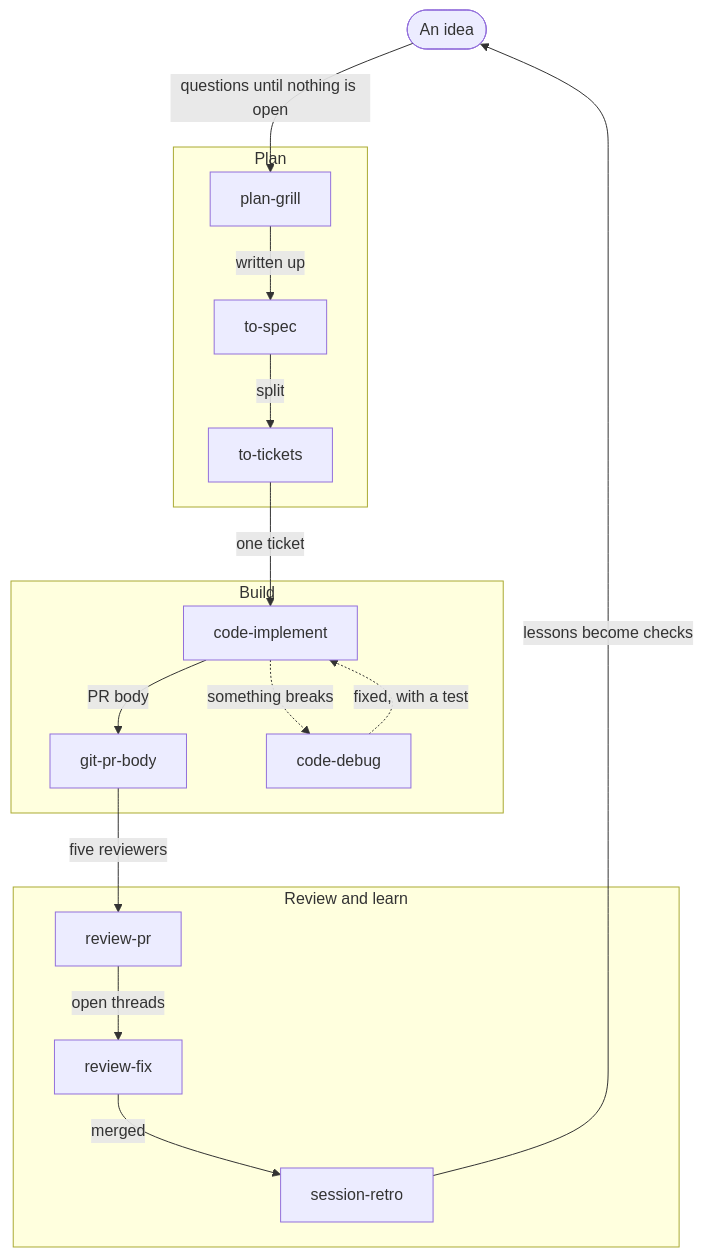
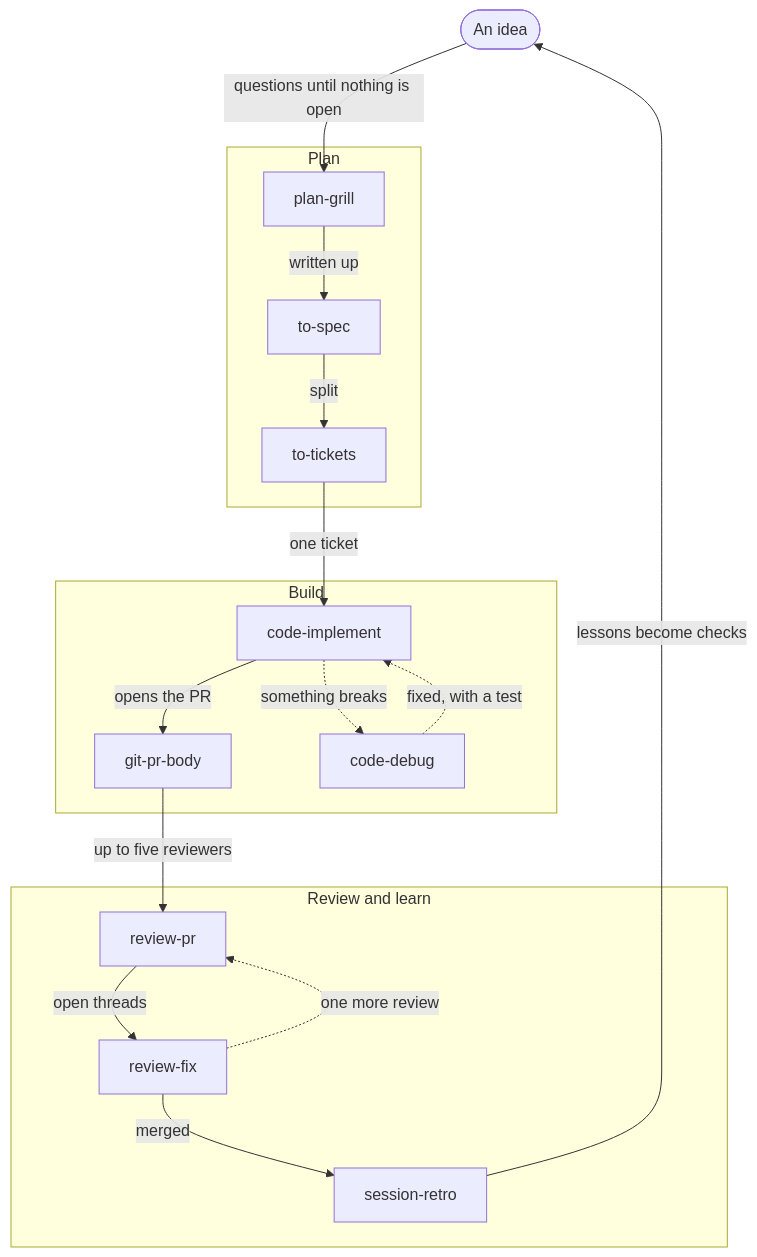
Before and after one commit to h2xd/skills: the diagram in README.md, drawn with Mermaid. The commit also changed other lines of this file and 26 other files, not shown here.

````diff
--- a/README.md
+++ b/README.md
@@ -99,21 +100,22 @@
 ```mermaid
 flowchart TD
   idea([An idea])
   subgraph plan [Plan]
     grill[plan-grill] -->|written up| spec[to-spec]
     spec -->|split| tickets[to-tickets]
   end
   subgraph build [Build]
-    impl[code-implement] -->|PR body| body[git-pr-body]
+    impl[code-implement] -->|opens the PR| body[git-pr-body]
     impl -.->|something breaks| debug[code-debug]
     debug -.->|fixed, with a test| impl
   end
   subgraph ship [Review and learn]
     review[review-pr] -->|open threads| fix[review-fix]
+    fix -.->|one more review| review
     fix -->|merged| retro[session-retro]
   end
   idea -->|questions until nothing is open| grill
   tickets -->|one ticket| impl
-  body -->|five reviewers| review
+  body -->|up to five reviewers| review
   retro -->|lessons become checks| idea
 ```
````
